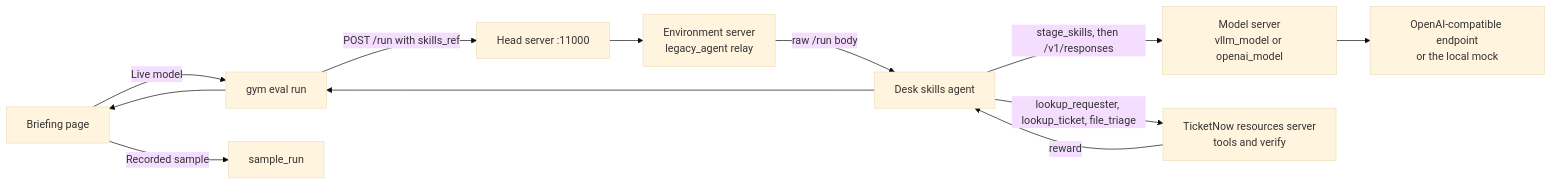
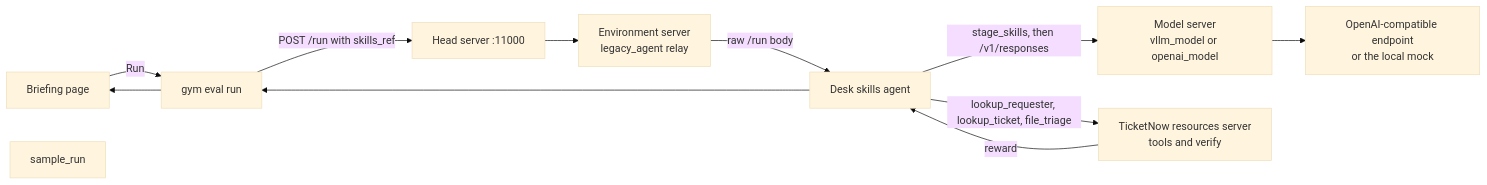
The diagram in README.md (bhandary/nemo-gym-agent-skills-demo), drawn with Mermaid (base theme) before and after one commit. The commit also changed other lines of this file and 19 other files, not shown here.

First line of the commit message:
Remove the mode control so Run starts a live model.

````diff
--- a/README.md
+++ b/README.md
@@ -98,24 +98,23 @@
 ```mermaid
 flowchart LR
   page["Briefing page"]
   eval["gym eval run"]
   head["Head server :11000"]
   env["Environment server\nlegacy_agent relay"]
   agent["Desk skills agent"]
   model["Model server\nvllm_model or openai_model"]
   upstream["OpenAI-compatible endpoint\nor the local mock"]
   desk["TicketNow resources server\ntools and verify"]
   sample["sample_run"]
 
-  page -->|"Recorded sample"| sample
-  page -->|"Live model"| eval
+  page -->|"Run"| eval
   eval -->|"POST /run with skills_ref"| head
   head --> env
   env -->|"raw /run body"| agent
   agent -->|"stage_skills, then /v1/responses"| model
   model --> upstream
   agent -->|"lookup_requester, lookup_ticket, file_triage"| desk
   desk -->|"reward"| agent
   agent --> eval
   eval --> page
 ```
````
